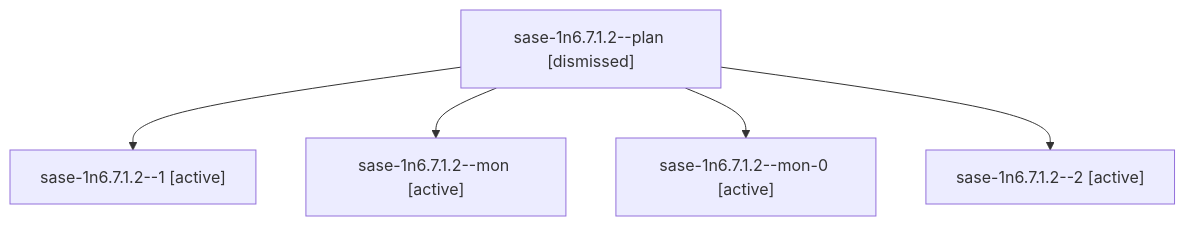
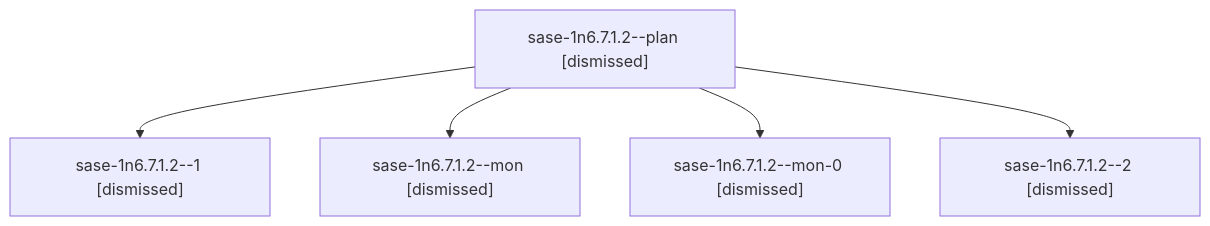
The diagram in sessions/bbugyi200.athena.sase-1n6.7.1.2.md (sase-org/sase--agents), drawn with Mermaid before and after one commit. The commit also changed other lines of this file and 347 other files, not shown here.

````diff
--- a/sessions/bbugyi200.athena.sase-1n6.7.1.2.md
+++ b/sessions/bbugyi200.athena.sase-1n6.7.1.2.md
@@ -9,12 +9,12 @@
 ```mermaid
 flowchart TD
   n0["sase-1n6.7.1.2--plan [dismissed]"]
-  n1["sase-1n6.7.1.2--1 [active]"]
+  n1["sase-1n6.7.1.2--1 [dismissed]"]
   n0 --> n1
-  n2["sase-1n6.7.1.2--mon [active]"]
+  n2["sase-1n6.7.1.2--mon [dismissed]"]
   n0 --> n2
-  n3["sase-1n6.7.1.2--mon-0 [active]"]
+  n3["sase-1n6.7.1.2--mon-0 [dismissed]"]
   n0 --> n3
-  n4["sase-1n6.7.1.2--2 [active]"]
+  n4["sase-1n6.7.1.2--2 [dismissed]"]
   n0 --> n4
 ```
````
